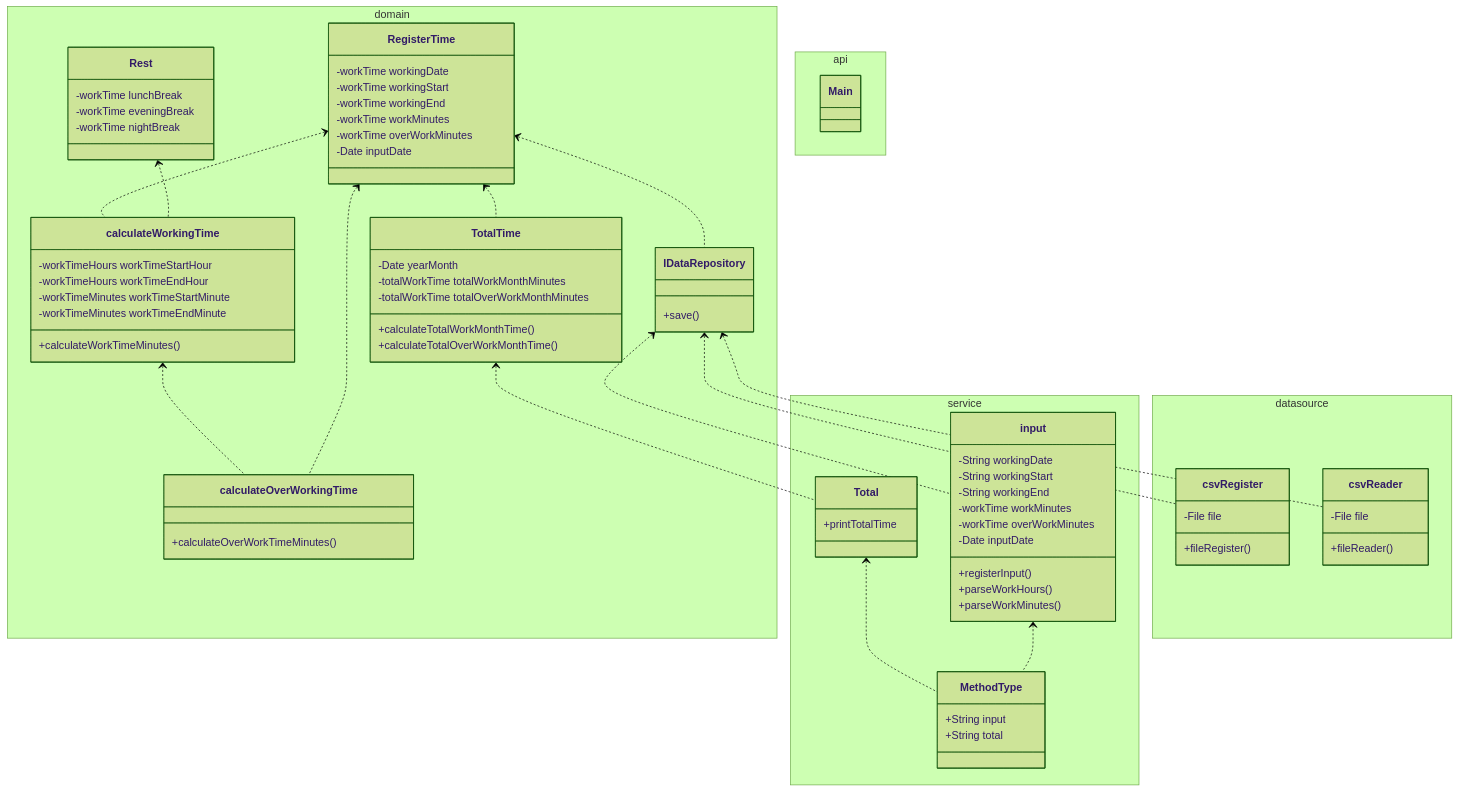
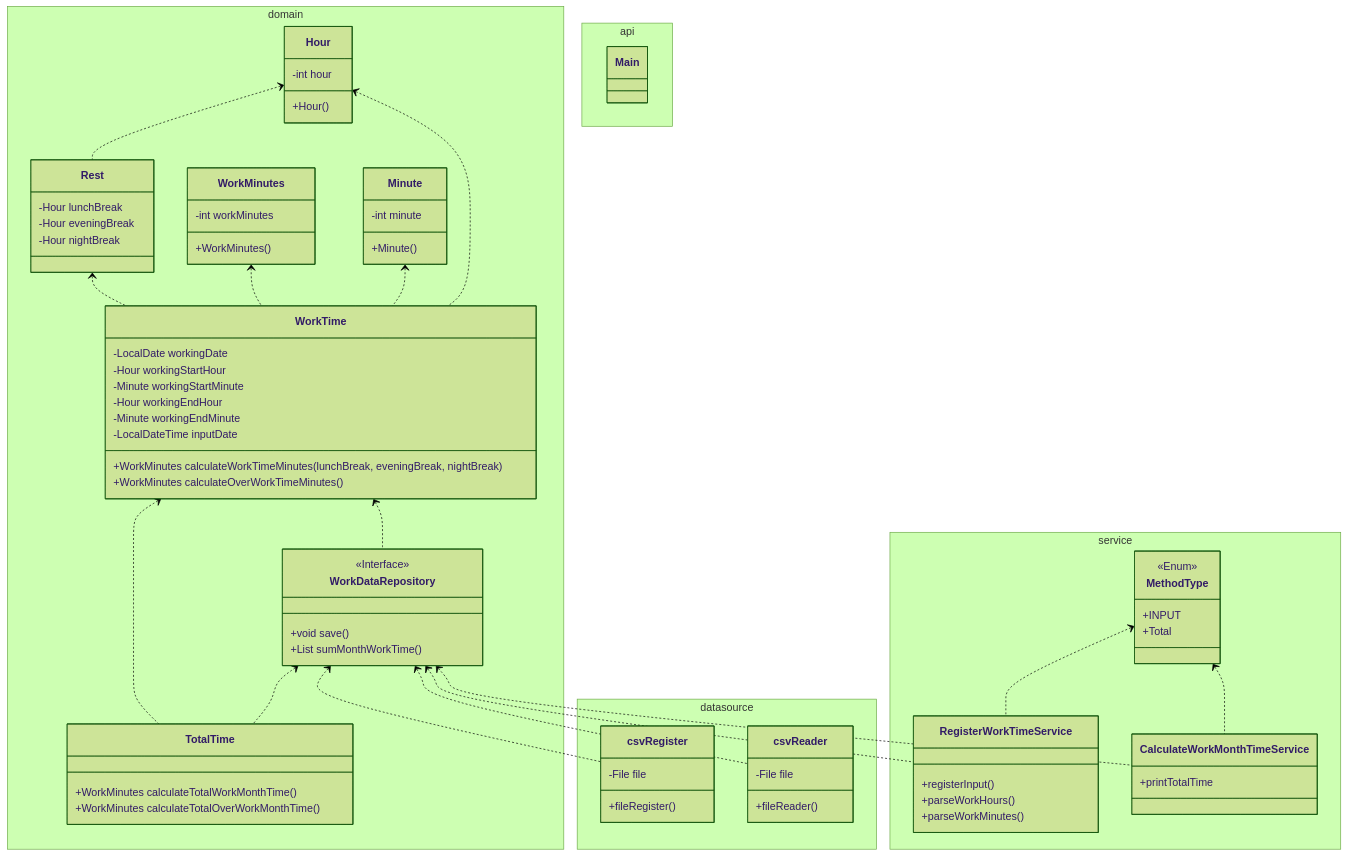
Before and after one commit to biglobe-isp/kintai: the diagram in model.md, drawn with Mermaid (forest theme). The commit also changed 22 other files, not shown here.

````diff
--- a/model.md
+++ b/model.md
@@ -2,57 +2,55 @@
 classDiagram
     namespace domain {
     
+    　　class Hour{
+            -int hour
+            +Hour()
+        }
+        class Minute{
+            -int minute
+            +Minute()
+        }
+        class WorkMinutes{
+            -int workMinutes
+            +WorkMinutes()
+        }
         class Rest{
-            -workTime lunchBreak
-            -workTime eveningBreak
-            -workTime nightBreak
+            -Hour lunchBreak
+            -Hour eveningBreak
+            -Hour nightBreak
         } 
-        class RegisterTime{
-            -workTime workingDate
-            -workTime workingStart
-            -workTime workingEnd
-            -workTime workMinutes
-            -workTime overWorkMinutes
-            -Date inputDate
+        class WorkTime{
+            -LocalDate workingDate
+            -Hour workingStartHour
+            -Minute workingStartMinute
+            -Hour workingEndHour
+            -Minute workingEndMinute
+            -LocalDateTime inputDate
+            +WorkMinutes calculateWorkTimeMinutes(lunchBreak, eveningBreak, nightBreak)
+            +WorkMinutes calculateOverWorkTimeMinutes()
         }
         class TotalTime{
-            -Date yearMonth
-            -totalWorkTime totalWorkMonthMinutes
-            -totalWorkTime totalOverWorkMonthMinutes
-            +calculateTotalWorkMonthTime()
-            +calculateTotalOverWorkMonthTime()
+            +WorkMinutes calculateTotalWorkMonthTime()
+            +WorkMinutes calculateTotalOverWorkMonthTime()
         }
-        class calculateWorkingTime{
-            -workTimeHours workTimeStartHour
-            -workTimeHours workTimeEndHour
-            -workTimeMinutes workTimeStartMinute
-            -workTimeMinutes workTimeEndMinute
-            +calculateWorkTimeMinutes()
-        }
-        class calculateOverWorkingTime{
-            +calculateOverWorkTimeMinutes()
-        }
-        class IDataRepository{
-            +save()
+        class WorkDataRepository{
+            <<Interface>>
+            +void save()
+            +List<WorkTime> sumMonthWorkTime()
         }
         }
     namespace service {
-        class input{
-            -String workingDate
-            -String workingStart
-            -String workingEnd
-            -workTime workMinutes
-            -workTime overWorkMinutes
-            -Date inputDate
+        class RegisterWorkTimeService{
             +registerInput()
             +parseWorkHours()
             +parseWorkMinutes()
         }
         class MethodType{
-            +String input
-            +String total
+            <<Enum>>
+            +INPUT
+            +Total
         }
-        class Total{
+        class CalculateWorkMonthTimeService{
             +printTotalTime
         }
     }
@@ -72,18 +70,20 @@
         }
         }
         
-        Rest <.. calculateWorkingTime
-        RegisterTime <.. calculateWorkingTime
-        RegisterTime <.. calculateOverWorkingTime
-        RegisterTime <.. IDataRepository
-        RegisterTime <.. TotalTime
-        TotalTime <.. Total
-        IDataRepository <.. input
-        IDataRepository <.. csvRegister
-        IDataRepository <.. csvReader
-        input <.. MethodType
-        Total <.. MethodType
-        calculateWorkingTime <.. calculateOverWorkingTime
+        Hour <.. WorkTime
+        Hour <.. Rest
+        Minute <.. WorkTime
+        WorkMinutes <.. WorkTime
+        WorkTime <.. WorkDataRepository
+        WorkDataRepository <.. TotalTime
+        WorkTime <.. TotalTime
+        Rest <.. WorkTime
+        WorkDataRepository <.. CalculateWorkMonthTimeService
+        WorkDataRepository <.. RegisterWorkTimeService
+        WorkDataRepository <.. csvRegister
+        WorkDataRepository <.. csvReader
+        MethodType <.. RegisterWorkTimeService
+        MethodType <.. CalculateWorkMonthTimeService
 %%ロジックはドメイン層　手段とロジックは分ける
 %%ヒト：従業員
 %%モノ：就業規則、開始時間、終業時間、就業時間、休憩時間、休憩開始時刻、休憩終了時刻、CSV
@@ -98,4 +98,23 @@
 %%それぞれが何をどう呼び出している？
 %%オブジェクト指向じゃない？
 %%変数だけのクラスは変では無い　責務が果たされているかどうか
+%%楽して良いものを作る
+%%メソッド経由でprivate修飾子にアクセス可能　なぜメソッド経由？
+%%インスタンスメソッド：複数それぞれのインスタンスが使えるようなメソッド
+%%スタティックメソッド：それ以外
+%%DynamoDB：NTTAPIの保存
+
+%%再起：遅い、for文での状態書き換えというデメリットを解決？
+%%ドメインには責務、サービス層には流れ（入館証の例（社員クラスに入館証クラスを紐付け））
+
+%%親クラスに不確定要素を書けない　攻撃力みたいな)
+%%-> 子クラスに定義し忘れたらどうする？
+%%-> 抽象メソッド（不確定メソッド）で解決　オーバーライドも強制
+%%例) キャラクラス（親）には必ず攻撃メソッドを持つべきだ
+%% newでインスタンス化しちゃいけないクラス　ー＞　抽象クラスで解決
+%% インターフェース：抽象の抽象　フィールドを持たない
+%% ポリモーフィズム：ザックリとらえる 同じとして捉えて良いか
+%% どのような思いで作成したか、工夫した点など　今後は？
+%% どこかに入力情報を保持するためのクラスがいるかも
+%% インターフェースからCSVデータを読み取る
 ```
````
